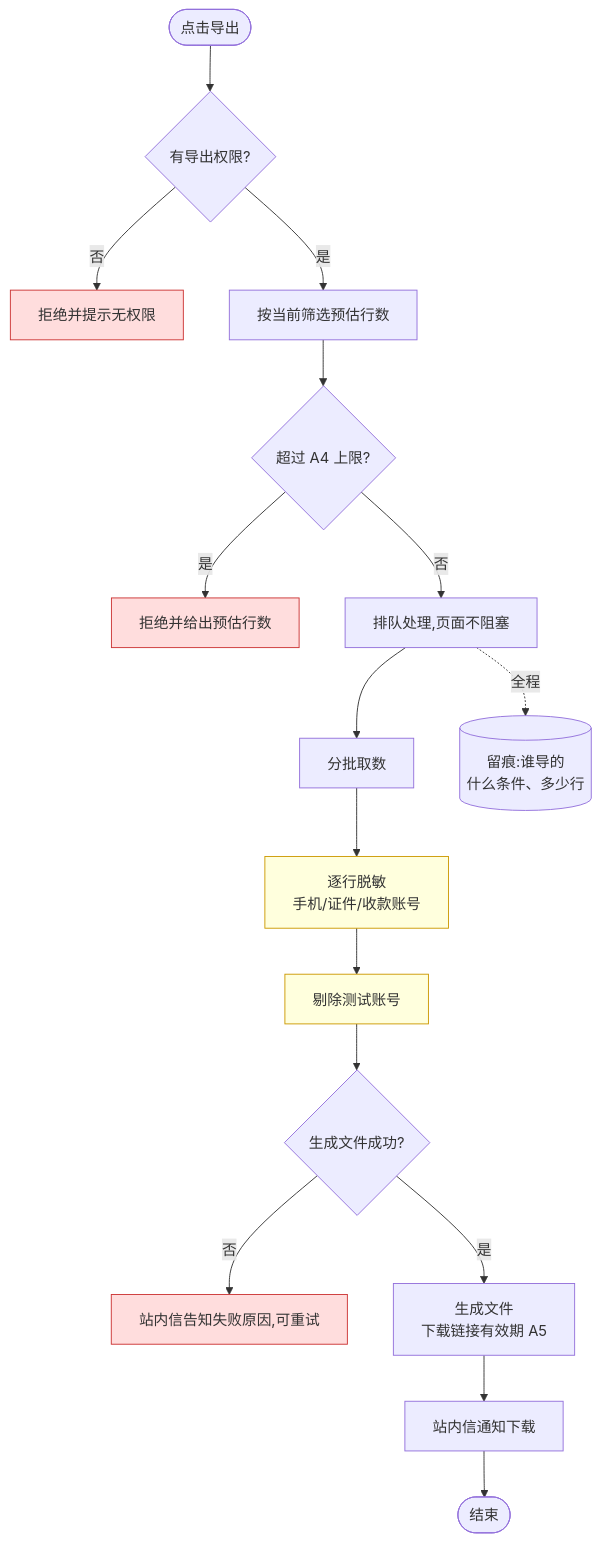
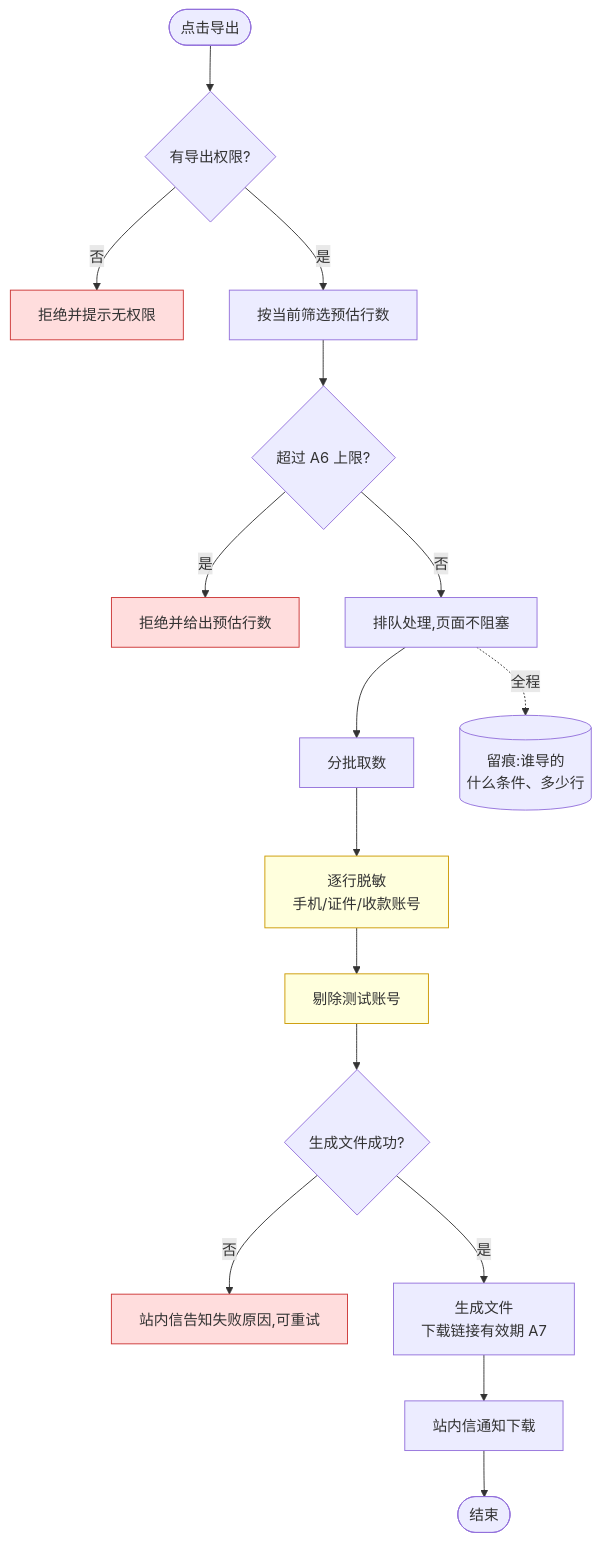
The second of 3 diagrams in M2-用户管理/2.1-用户列表/README.md (bingo-lab-1/bingo-figma), drawn with Mermaid before and after one commit. The commit also changed other lines of this file and 79 other files, not shown here.

````diff
--- a/M2-用户管理/2.1-用户列表/README.md
+++ b/M2-用户管理/2.1-用户列表/README.md
@@ -220,24 +241,24 @@
 ```mermaid
 flowchart TD
     S([点击导出]) --> P{有导出权限?}
     P -- 否 --> X1[拒绝并提示无权限]
     P -- 是 --> C[按当前筛选预估行数]
-    C --> L{超过 A4 上限?}
+    C --> L{超过 A6 上限?}
     L -- 是 --> X2[拒绝并给出预估行数]
     L -- 否 --> T[排队处理,页面不阻塞]
     T --> W[分批取数]
     W --> M[逐行脱敏<br/>手机/证件/收款账号]
     M --> F[剔除测试账号]
     F --> O{生成文件成功?}
     O -- 否 --> X3[站内信告知失败原因,可重试]
-    O -- 是 --> U[生成文件<br/>下载链接有效期 A5]
+    O -- 是 --> U[生成文件<br/>下载链接有效期 A7]
     U --> N[站内信通知下载]
     N --> E([结束])
     T -.全程.-> LOG[(留痕:谁导的<br/>什么条件、多少行)]
 
     style X1 fill:#fdd,stroke:#c33
     style X2 fill:#fdd,stroke:#c33
     style X3 fill:#fdd,stroke:#c33
     style M fill:#ffd,stroke:#c90
     style F fill:#ffd,stroke:#c90
 ```
````
